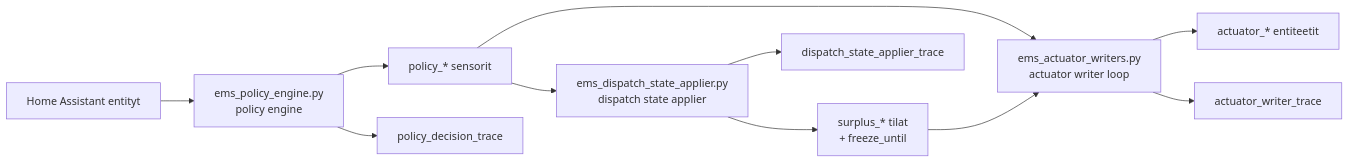
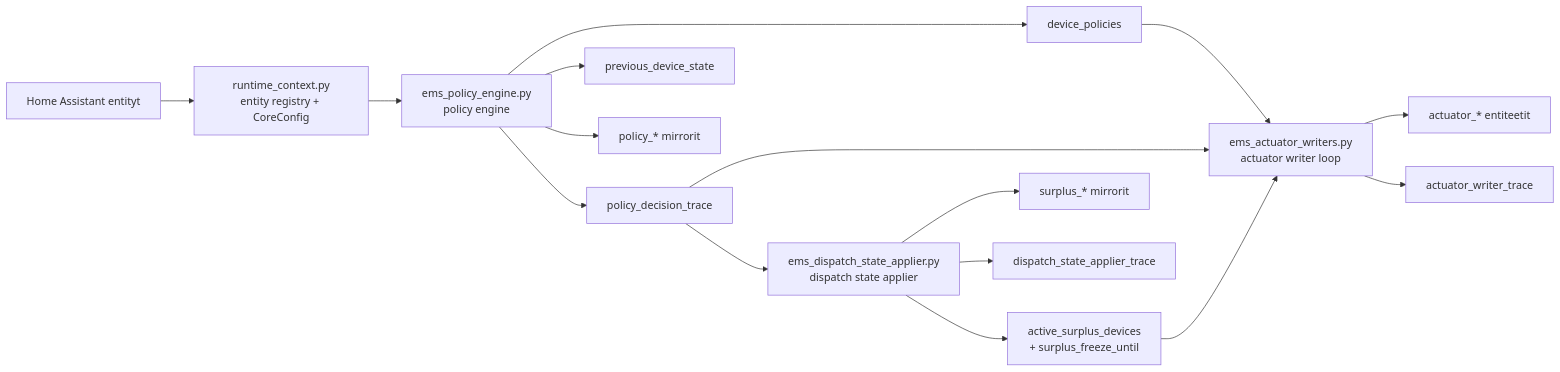
One commit to dbwarrior1975/ha_EMS changed the first of 2 diagrams in arkkitehtuuri.md. Above: the diagram before and after it, drawn with Mermaid. The commit also changed other lines of this file and 91 other files, not shown here.

````diff
--- a/arkkitehtuuri.md
+++ b/arkkitehtuuri.md
@@ -19,13 +28,18 @@
 ```mermaid
 flowchart LR
-    HA[Home Assistant entityt] --> P[ems_policy_engine.py\npolicy engine]
-    P --> POL[policy_* sensorit]
-    POL --> L[ems_dispatch_state_applier.py\ndispatch state applier]
-    L --> SUR[surplus_* tilat\n+ freeze_until]
-    POL --> W[ems_actuator_writers.py\nactuator writer loop]
-    SUR --> W
+    HA[Home Assistant entityt] --> RC[runtime_context.py\nentity registry + CoreConfig]
+    RC --> P[ems_policy_engine.py\npolicy engine]
+    P --> TRACE[policy_decision_trace]
+    P --> DP[device_policies]
+    P --> PREV[previous_device_state]
+    TRACE --> L[ems_dispatch_state_applier.py\ndispatch state applier]
+    L --> ACTIVE[active_surplus_devices\n+ surplus_freeze_until]
+    DP --> W[ems_actuator_writers.py\nactuator writer loop]
+    TRACE --> W
+    ACTIVE --> W
     W --> ACT[actuator_* entiteetit]
-    P --> TRACE[policy_decision_trace]
+    P --> PMIRROR[policy_* mirrorit]
+    L --> SMIRROR[surplus_* mirrorit]
     L --> LTRACE[dispatch_state_applier_trace]
     W --> WTRACE[actuator_writer_trace]
 ```
````
